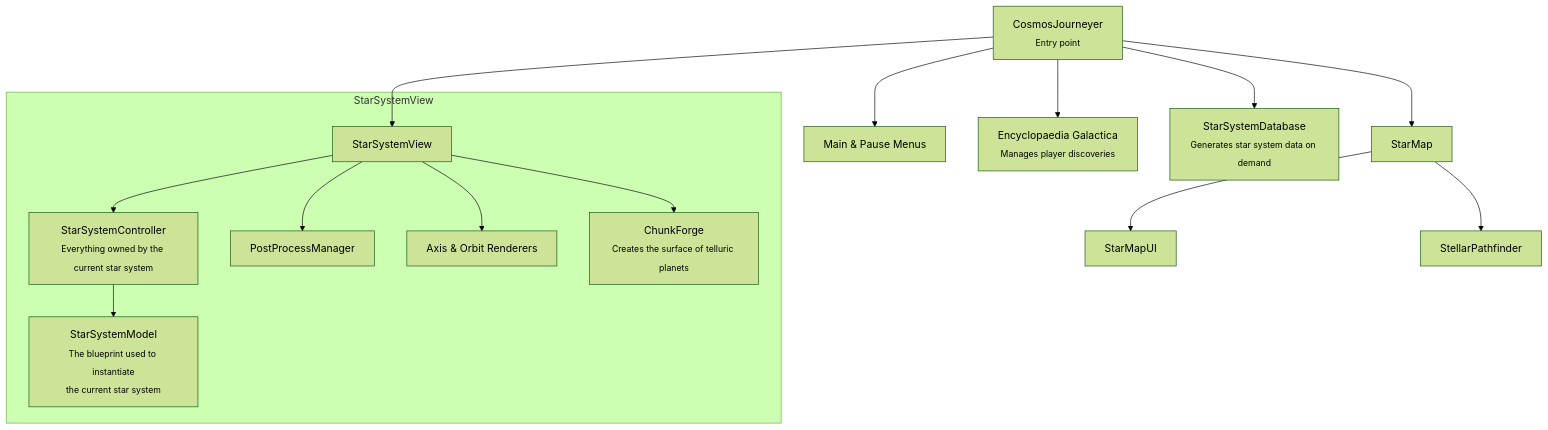
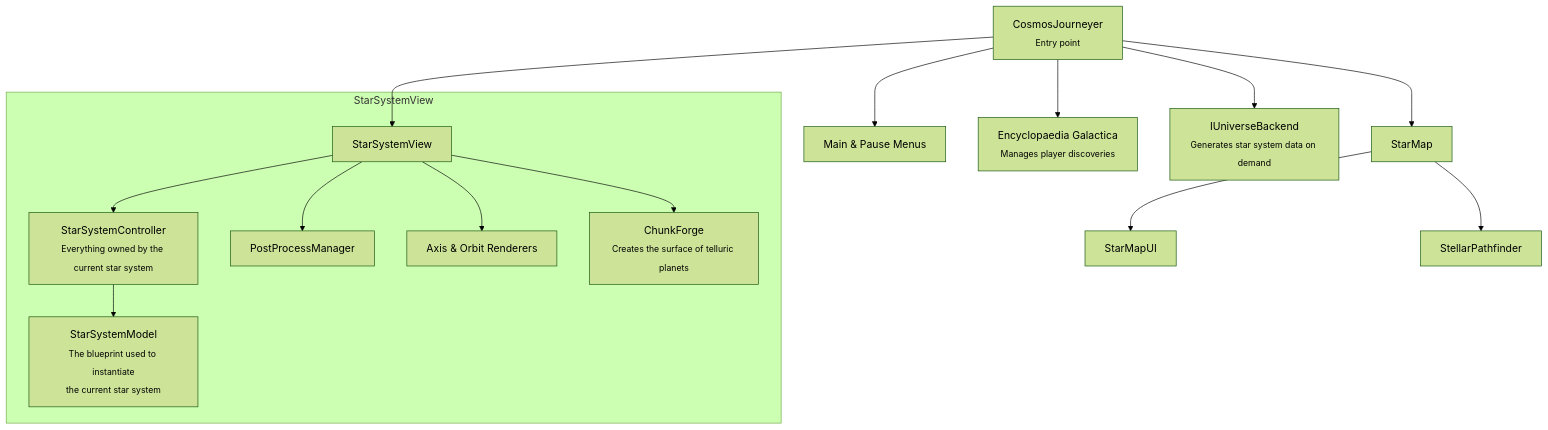
One commit to BarthPaleologue/CosmosJourneyer changed the first of 2 diagrams in ARCHITECTURE.md. Above: the diagram before and after it, drawn with Mermaid (forest theme). The commit also changed other lines of this file and 59 other files, not shown here.

First line of the commit message:
Rename starSystemDatabase to universeBackend everywhere possible

````diff
--- a/ARCHITECTURE.md
+++ b/ARCHITECTURE.md
@@ -11,26 +11,26 @@
 ```mermaid
 graph TD
     A[CosmosJourneyer<br><sub>Entry point</sub>] --> B[StarMap]
     A --> C[Main & Pause Menus]
     A --> EG[Encyclopaedia Galactica<br><sub>Manages player discoveries</sub>]
-    A --> SSDB[StarSystemDatabase<br><sub>Generates star system data on demand</sub>]
+    A --> SSDB[IUniverseBackend<br><sub>Generates star system data on demand</sub>]
     A --> D[StarSystemView]
 
     B --> J[StarMapUI]
     B --> K[StellarPathfinder]
 
     subgraph StarSystemView
 
         D --> E[StarSystemController<br><sub>Everything owned by the current star system</sub>]
         D --> F[PostProcessManager]
         D --> G[Axis & Orbit Renderers]
         D --> H[ChunkForge<br><sub>Creates the surface of telluric planets</sub>]
 
         E --> I[StarSystemModel<br><sub>The blueprint used to instantiate<br>the current star system</sub>]
 
     end
 
     %% Styling for annotation text
     classDef subtext font-size:10px, fill:#f9f, stroke-width:0px;
 
 ```
````
